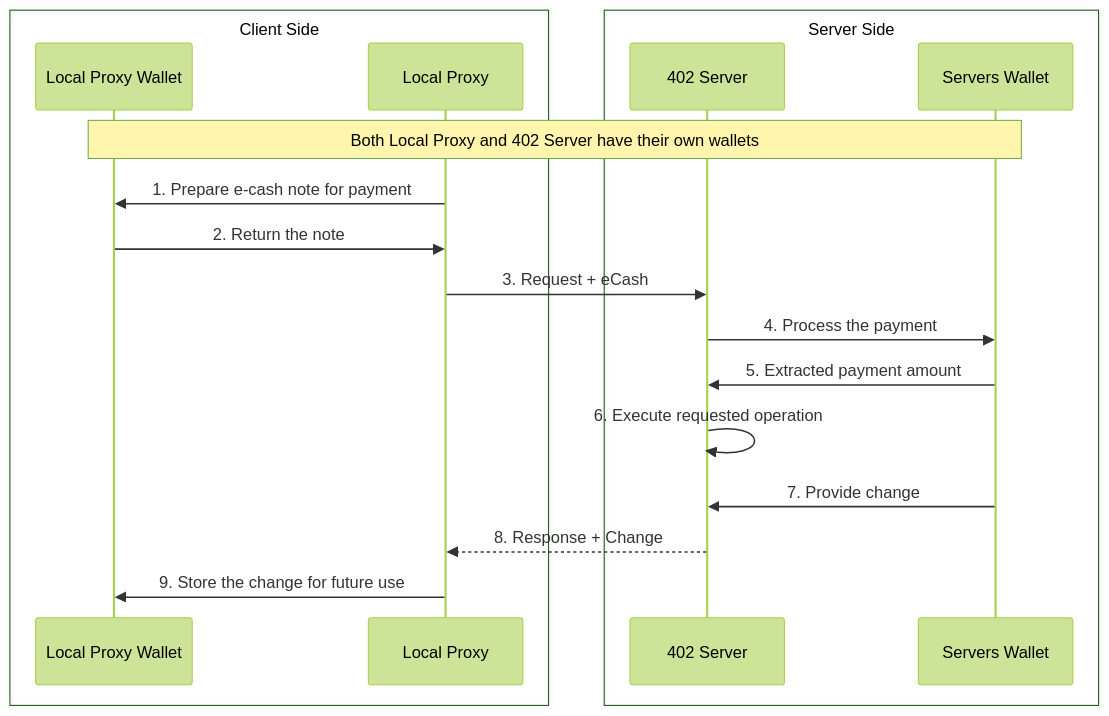
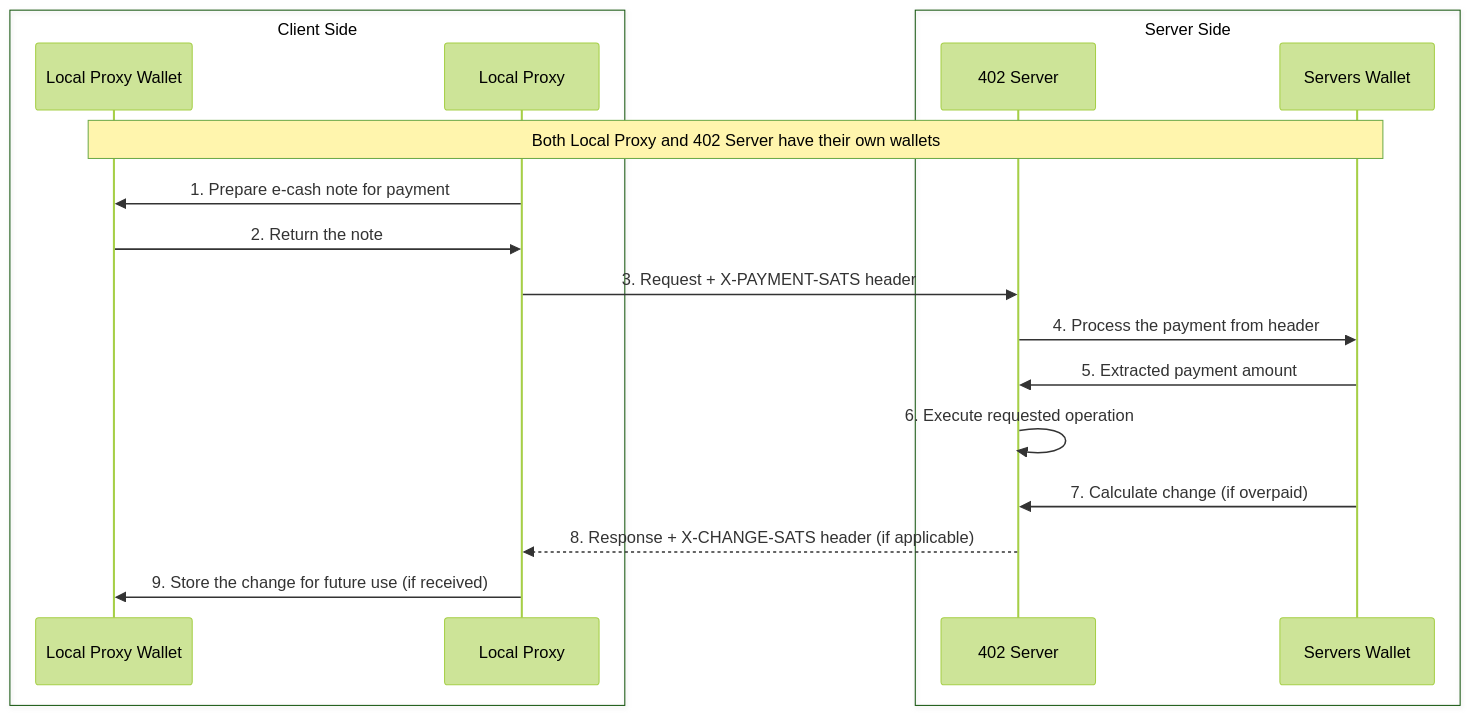
The first of 4 diagrams in README.md (Routstr/otrta-client), drawn with Mermaid (forest theme) before and after one commit. The commit also changed other lines of this file, not shown here.

````diff
--- a/README.md
+++ b/README.md
@@ -24,23 +24,23 @@
 ```mermaid
 sequenceDiagram
     box Client Side
     participant CW as Local Proxy Wallet
     participant C as Local Proxy
     end
     box Server Side
     participant S as 402 Server
     participant SW as Servers Wallet
     end
 
     Note over CW,SW: Both Local Proxy and 402 Server have their own wallets
 
     C->>CW: 1. Prepare e-cash note for payment
     CW->>C: 2. Return the note
-    C->>S: 3. Request + eCash
-    S->>SW: 4. Process the payment
+    C->>S: 3. Request + X-PAYMENT-SATS header
+    S->>SW: 4. Process the payment from header
     SW->>S: 5. Extracted payment amount
     S->>S: 6. Execute requested operation
-    SW->>S: 7. Provide change
-    S-->>C: 8. Response + Change
-    C->>CW: 9. Store the change for future use
+    SW->>S: 7. Calculate change (if overpaid)
+    S-->>C: 8. Response + X-CHANGE-SATS header (if applicable)
+    C->>CW: 9. Store the change for future use (if received)
 ```
````
